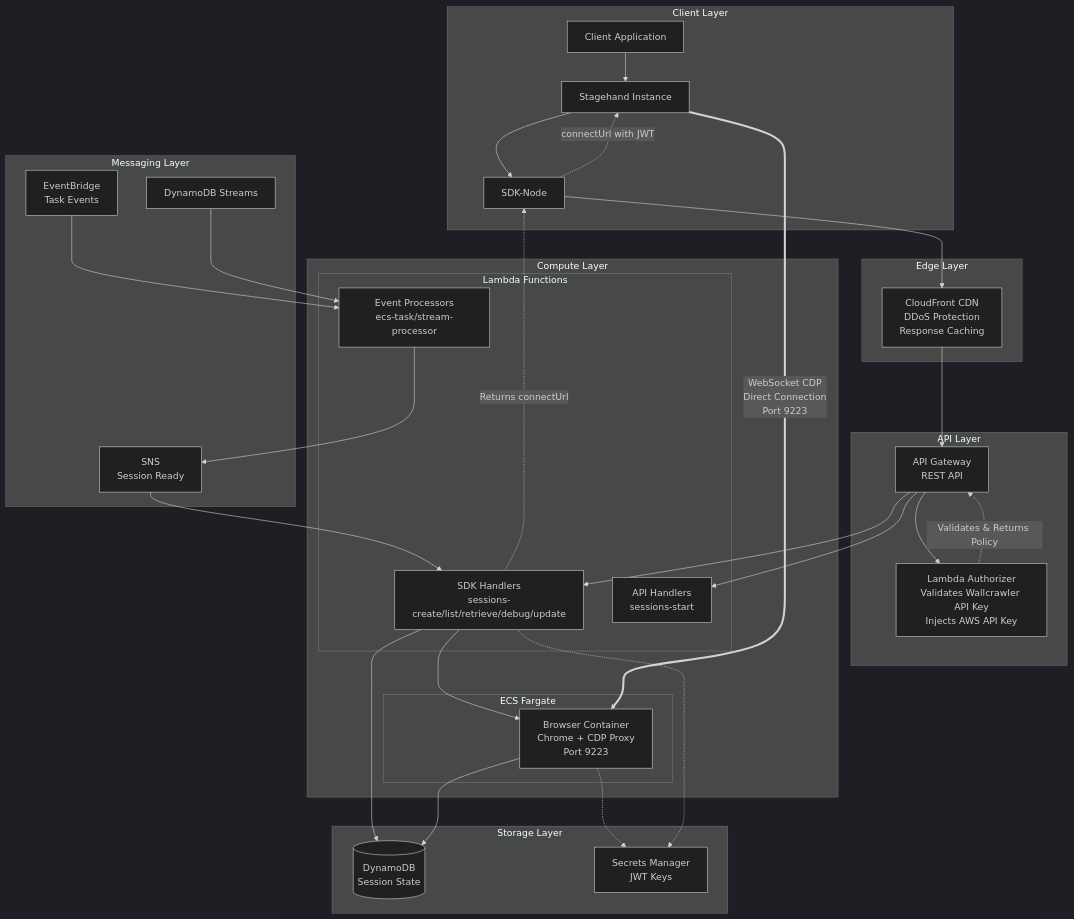
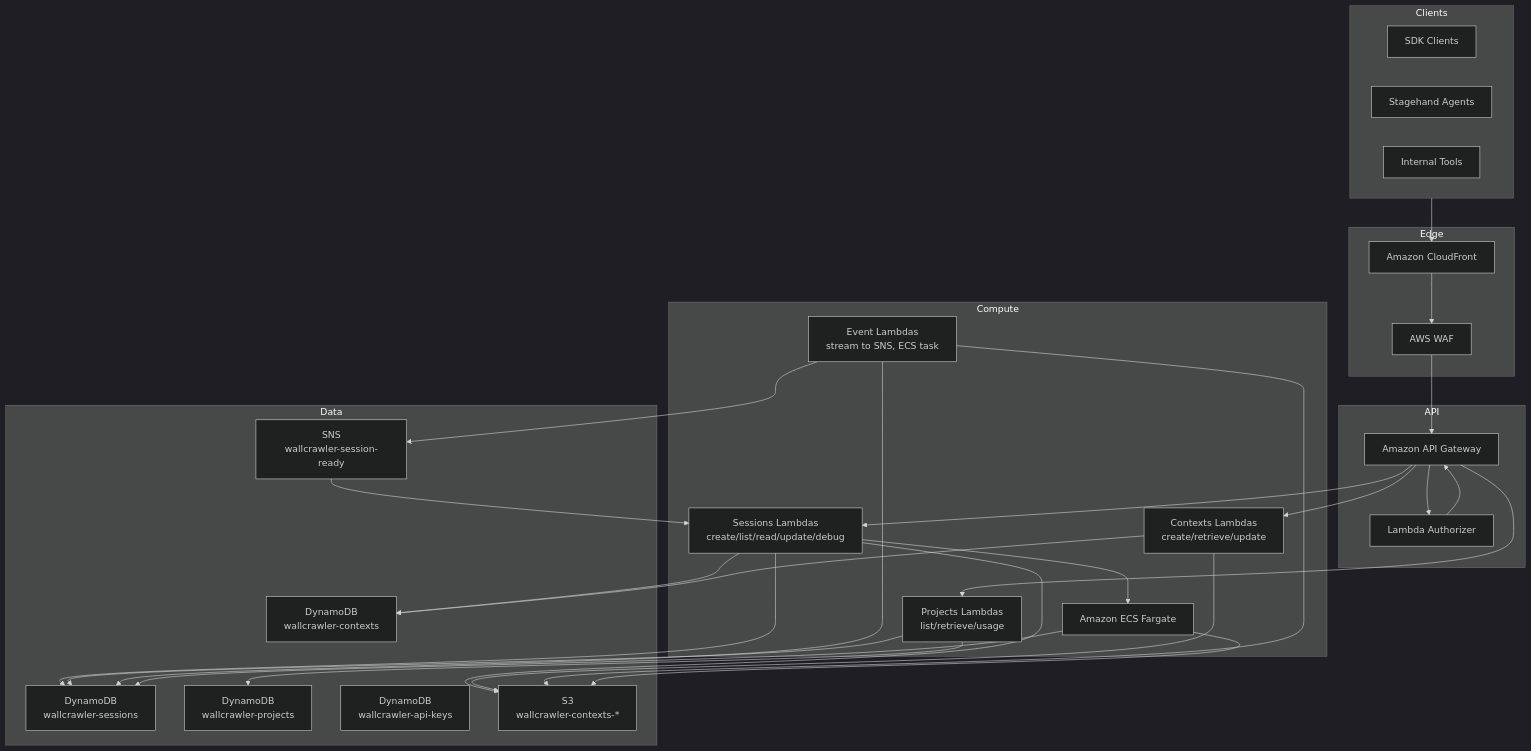
Before and after one commit to Volpestyle/wallcrawler: the first of 5 diagrams in docs/infra/ARCHITECTURE.md, drawn with Mermaid (dark theme). The commit also changed other lines of this file and 30 other files, not shown here.

````diff
--- a/docs/infra/ARCHITECTURE.md
+++ b/docs/infra/ARCHITECTURE.md
@@ -9,66 +5,62 @@
 ```mermaid
-graph TB
-    subgraph "Client Layer"
-        Client[Client Application]
-        Stagehand[Stagehand Instance]
-        SDK[SDK-Node]
+graph TD
+    subgraph Clients
+        SDK[SDK Clients]
+        Stagehand[Stagehand Agents]
+        Admin[Internal Tools]
     end
-    
-    subgraph "Edge Layer"
-        CloudFront[CloudFront CDN<br/>DDoS Protection<br/>Response Caching]
+
+    subgraph Edge
+        CF[Amazon CloudFront]
+        WAF[AWS WAF]
     end
-    
-    subgraph "API Layer"
-        APIGateway[API Gateway<br/>REST API]
-        Authorizer[Lambda Authorizer<br/>Validates Wallcrawler API Key<br/>Injects AWS API Key]
+
+    subgraph API
+        APIGW[Amazon API Gateway]
+        Authorizer[Lambda Authorizer]
     end
-    
-    subgraph "Compute Layer"
-        subgraph "Lambda Functions"
-            SDKHandlers[SDK Handlers<br/>sessions-create/list/retrieve/debug/update]
-            APIHandlers[API Handlers<br/>sessions-start]
-            EventHandlers[Event Processors<br/>ecs-task/stream-processor]
-        end
-        
-        subgraph "ECS Fargate"
-            Browser[Browser Container<br/>Chrome + CDP Proxy<br/>Port 9223]
-        end
+
+    subgraph Compute
+        SessionsLambdas["Sessions Lambdas<br/>create/list/read/update/debug"]
+        ProjectsLambdas["Projects Lambdas<br/>list/retrieve/usage"]
+        ContextsLambdas["Contexts Lambdas<br/>create/retrieve/update"]
+        StreamLambdas["Event Lambdas<br/>stream to SNS, ECS task"]
+        ECS[Amazon ECS Fargate]
     end
-    
-    subgraph "Storage Layer"
-        DynamoDB[(DynamoDB<br/>Session State)]
-        Secrets[Secrets Manager<br/>JWT Keys]
+
+    subgraph Data
+        SessionsTable["DynamoDB<br/>wallcrawler-sessions"]
+        ProjectsTable["DynamoDB<br/>wallcrawler-projects"]
+        ApiKeysTable["DynamoDB<br/>wallcrawler-api-keys"]
+        ContextsTable["DynamoDB<br/>wallcrawler-contexts"]
+        ContextBucket["S3<br/>wallcrawler-contexts-*"]
+        ReadyTopic["SNS<br/>wallcrawler-session-ready"]
     end
-    
-    subgraph "Messaging Layer"
-        EventBridge[EventBridge<br/>Task Events]
-        SNS[SNS<br/>Session Ready]
-        DynamoStreams[DynamoDB Streams]
-    end
-    
-    Client --> Stagehand
-    Stagehand --> SDK
-    SDK --> CloudFront
-    CloudFront --> APIGateway
-    APIGateway --> Authorizer
-    Authorizer -.->|Validates & Returns Policy| APIGateway
-    APIGateway --> SDKHandlers
-    APIGateway --> APIHandlers
-    
-    SDKHandlers --> DynamoDB
-    SDKHandlers --> Browser
-    Browser --> DynamoDB
-    
-    EventBridge --> EventHandlers
-    DynamoStreams --> EventHandlers
-    EventHandlers --> SNS
-    SNS --> SDKHandlers
-    
-    Browser -.-> Secrets
-    SDKHandlers -.-> Secrets
-    
-    %% Direct CDP Connection after session creation
-    SDKHandlers -.->|Returns connectUrl| SDK
-    SDK -.->|connectUrl with JWT| Stagehand
-    Stagehand ===>|WebSocket CDP<br/>Direct Connection<br/>Port 9223| Browser
+
+    Clients --> CF --> WAF --> APIGW
+    APIGW --> Authorizer
+    Authorizer --> APIGW
+
+    APIGW --> SessionsLambdas
+    APIGW --> ProjectsLambdas
+    APIGW --> ContextsLambdas
+
+    SessionsLambdas --> SessionsTable
+    SessionsLambdas --> ContextsTable
+    SessionsLambdas --> ContextBucket
+    SessionsLambdas --> ECS
+
+    ProjectsLambdas --> ProjectsTable
+    ProjectsLambdas --> SessionsTable
+
+    ContextsLambdas --> ContextsTable
+    ContextsLambdas --> ContextBucket
+
+    StreamLambdas --> SessionsTable
+    StreamLambdas --> ReadyTopic
+    ReadyTopic --> SessionsLambdas
+    StreamLambdas --> ContextBucket
+
+    ECS --> ContextBucket
+    ECS --> SessionsTable
 ```
````
